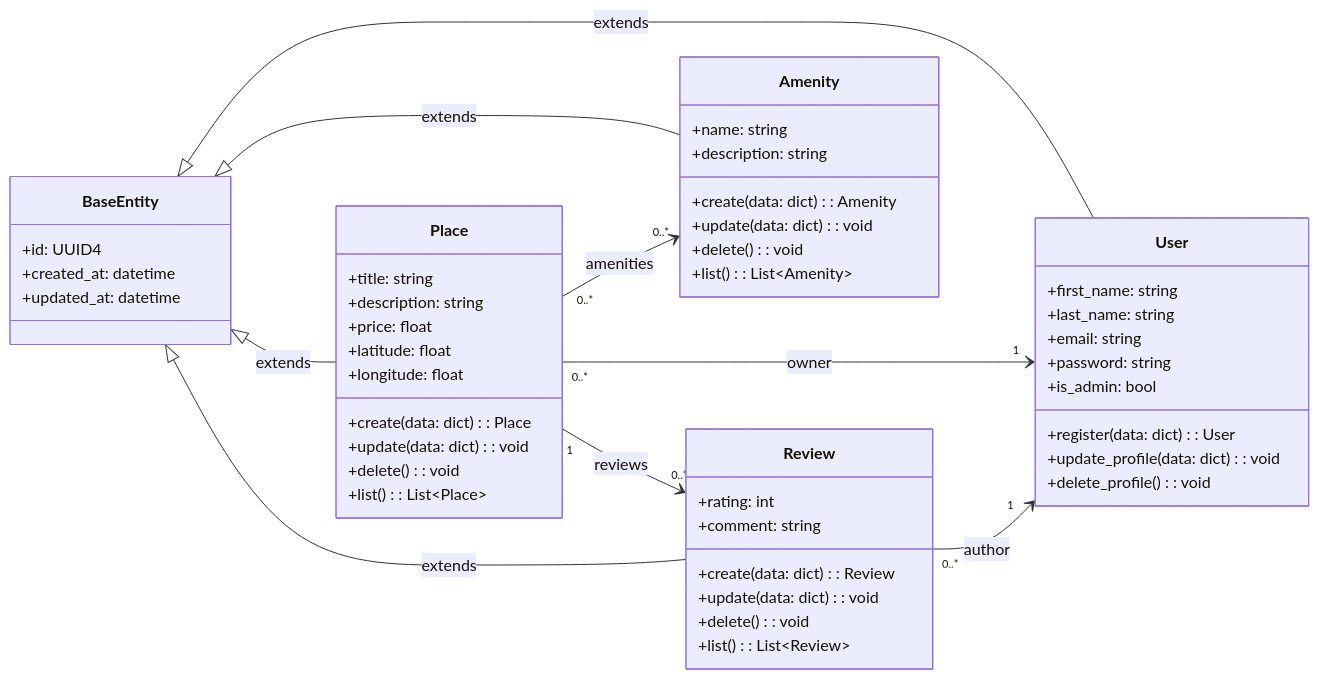
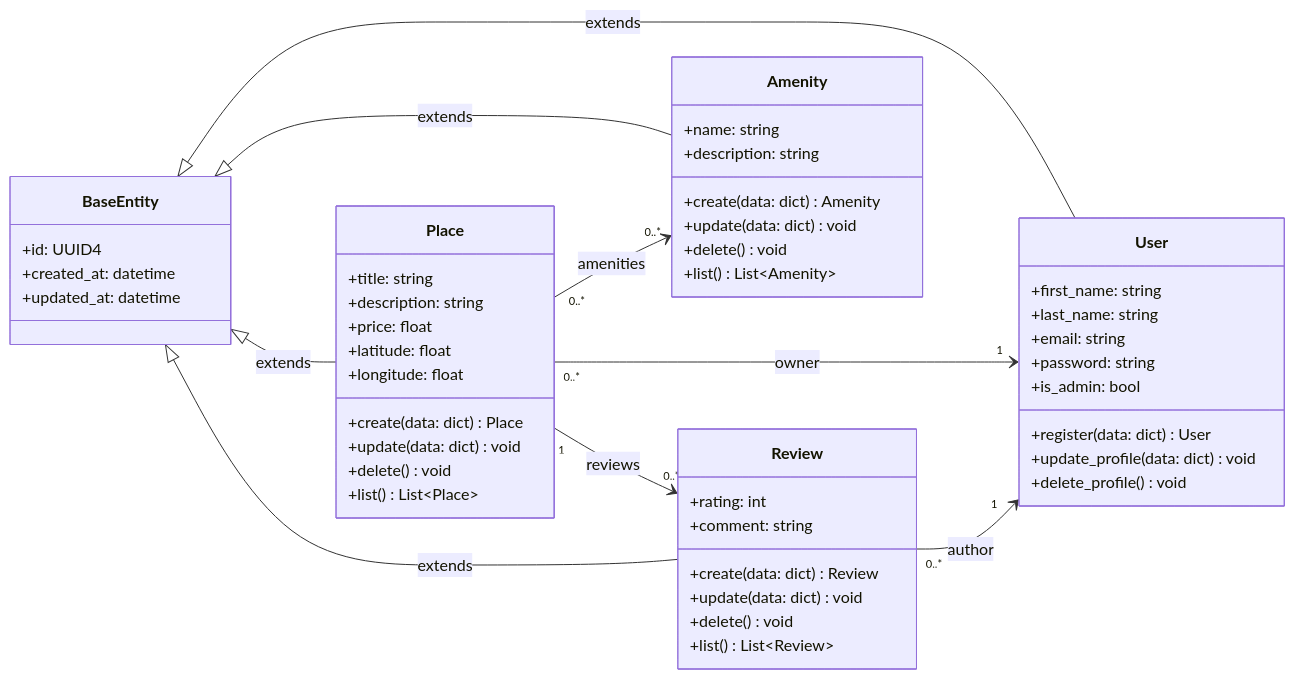
Before and after one commit to AdeleM-prog/holbertonschool-hbnb: the diagram in part1/ClassDiagram.md, drawn with Mermaid.

Commit message:
Fix method signatures in ClassDiagram.md

````diff
--- a/part1/ClassDiagram.md
+++ b/part1/ClassDiagram.md
@@ -6,73 +6,73 @@
 ```mermaid
 classDiagram
 direction LR
 
 class BaseEntity
 class User
 class Place
 class Review
 class Amenity
 
 class BaseEntity {
     +id: UUID4
     +created_at: datetime
     +updated_at: datetime
 }
 
 class User {
     +first_name: string
     +last_name: string
     +email: string
     +password: string
     +is_admin: bool
 
-    +register(data: dict): User
-    +update_profile(data: dict): void
-    +delete_profile(): void
+    +register(data: dict) User
+    +update_profile(data: dict) void
+    +delete_profile() void
 
 }
 
 class Place {
     +title: string
     +description: string
     +price: float
     +latitude: float
     +longitude: float
 
-    +create(data: dict): Place
-    +update(data: dict): void
-    +delete(): void
-    +list(): List~Place~
+    +create(data: dict) Place
+    +update(data: dict) void
+    +delete() void
+    +list() List~Place~
 }
 
 class Review {
     +rating: int
     +comment: string
 
-    +create(data: dict): Review
-    +update(data: dict): void
-    +delete(): void
-    +list(): List~Review~
+    +create(data: dict) Review
+    +update(data: dict) void
+    +delete() void
+    +list() List~Review~
 }
 
 class Amenity {
     +name: string
     +description: string
 
-    +create(data: dict): Amenity
-    +update(data: dict): void
-    +delete(): void
-    +list(): List~Amenity~
+    +create(data: dict) Amenity
+    +update(data: dict) void
+    +delete() void
+    +list() List~Amenity~
 }
 
 BaseEntity <|-- User : extends
 BaseEntity <|-- Place : extends
 BaseEntity <|-- Amenity : extends
 
 Place "0..*" --> "1" User : owner
 Place "0..*" --> "0..*" Amenity : amenities
 Place "1" --> "0..*" Review : reviews
 Review "0..*" --> "1" User : author
 
 BaseEntity <|-- Review : extends
 ```
````
